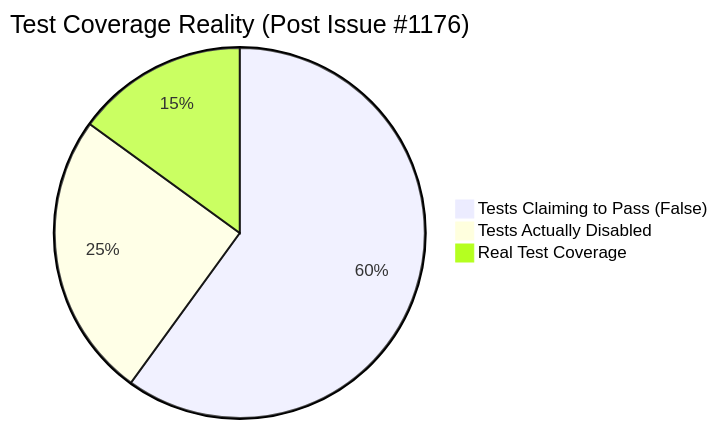
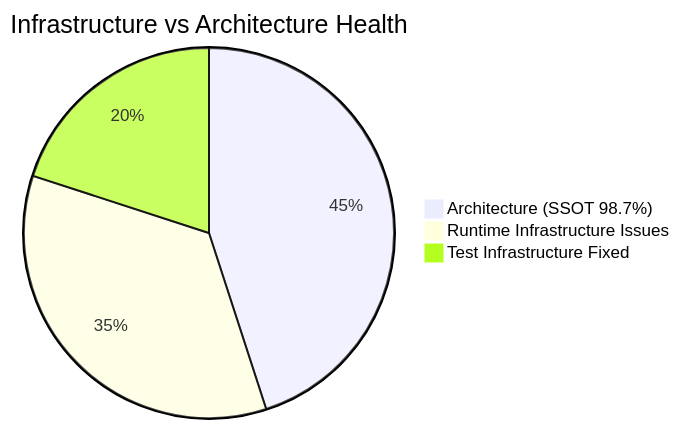
Before and after one commit to netra-systems/zen: diagram 12 of 33 in docs/architecture_diagrams.md, drawn with Mermaid. The commit also changed other lines of this file, not shown here.

First line of the commit message:
docs: update architecture diagrams with resolved issues and current system status

````diff
--- a/docs/architecture_diagrams.md
+++ b/docs/architecture_diagrams.md
@@ -558,6 +575,6 @@
 ```mermaid
-pie title Test Coverage Reality (Post Issue #1176)
-    "Tests Claiming to Pass (False)" : 60
-    "Tests Actually Disabled" : 25
-    "Real Test Coverage" : 15
+pie title Infrastructure vs Architecture Health
+    "Architecture (SSOT 98.7%)" : 45
+    "Runtime Infrastructure Issues" : 35
+    "Test Infrastructure Fixed" : 20
 ```
````
